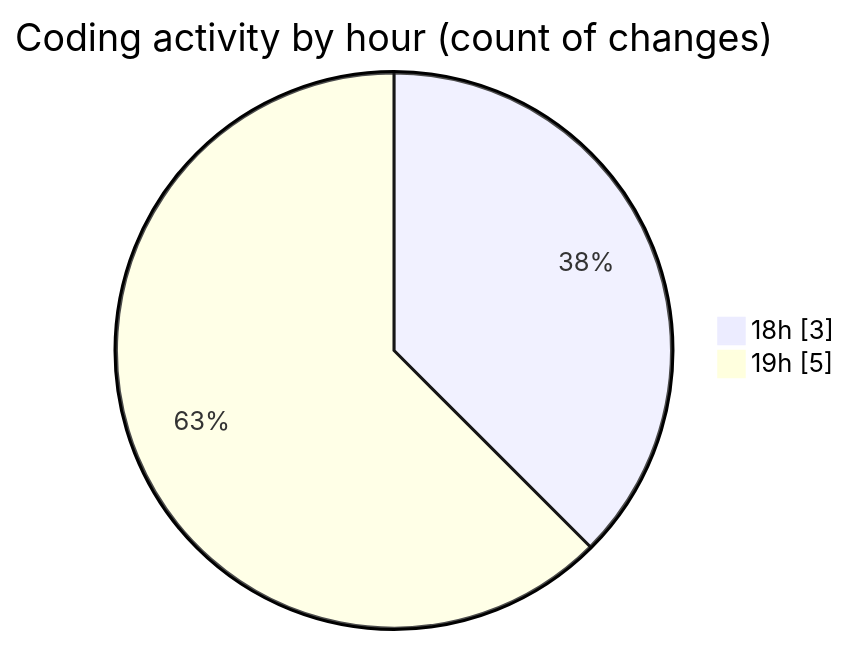
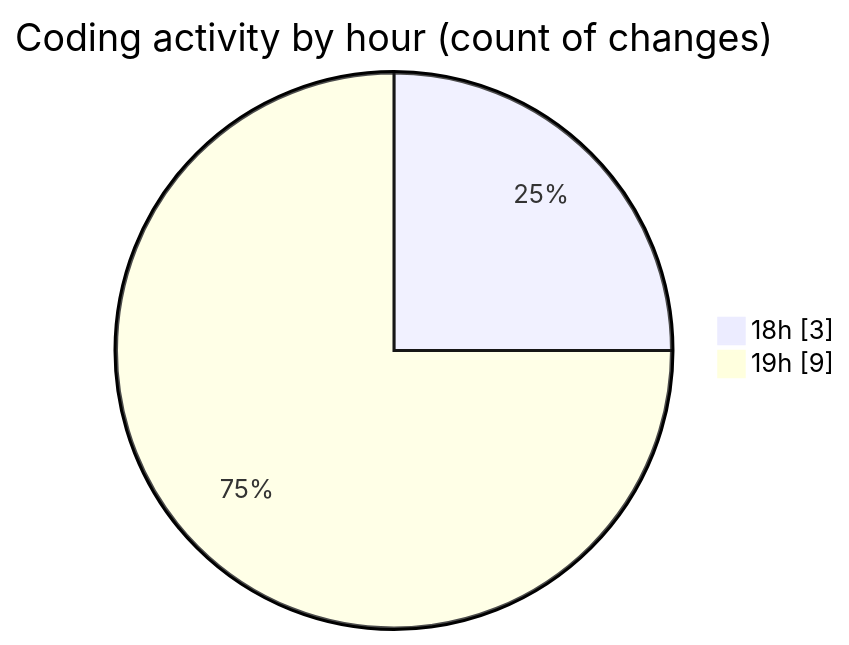
One commit to MatusMokan/code-tracking changed the second of 2 diagrams in 2025-03-20/myws__workspace_/README.md. Above: the diagram before and after it, drawn with Mermaid. The commit also changed other lines of this file and 1 other file, not shown here.

````diff
--- a/2025-03-20/myws__workspace_/README.md
+++ b/2025-03-20/myws__workspace_/README.md
@@ -30,6 +30,6 @@
 ```mermaid
 pie showData
 title Coding activity by hour (count of changes)
 "18h" : 3
-"19h" : 5
+"19h" : 9
 ```
````
